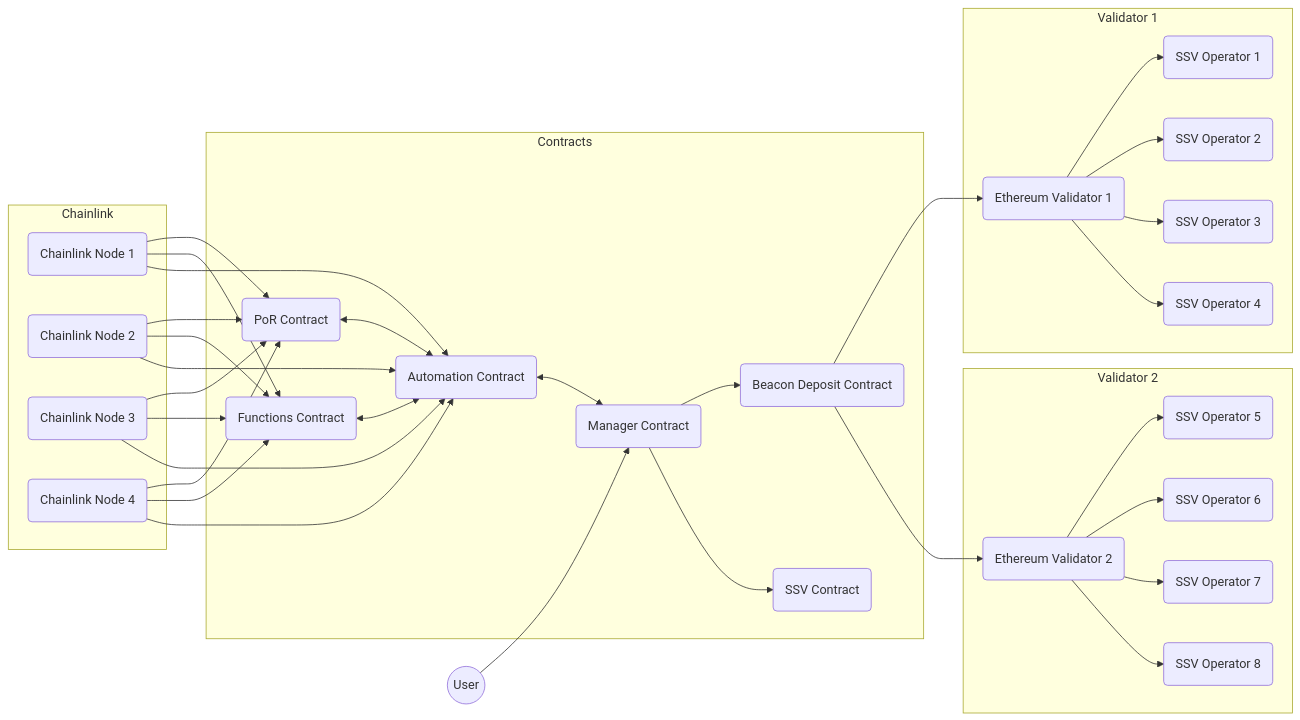
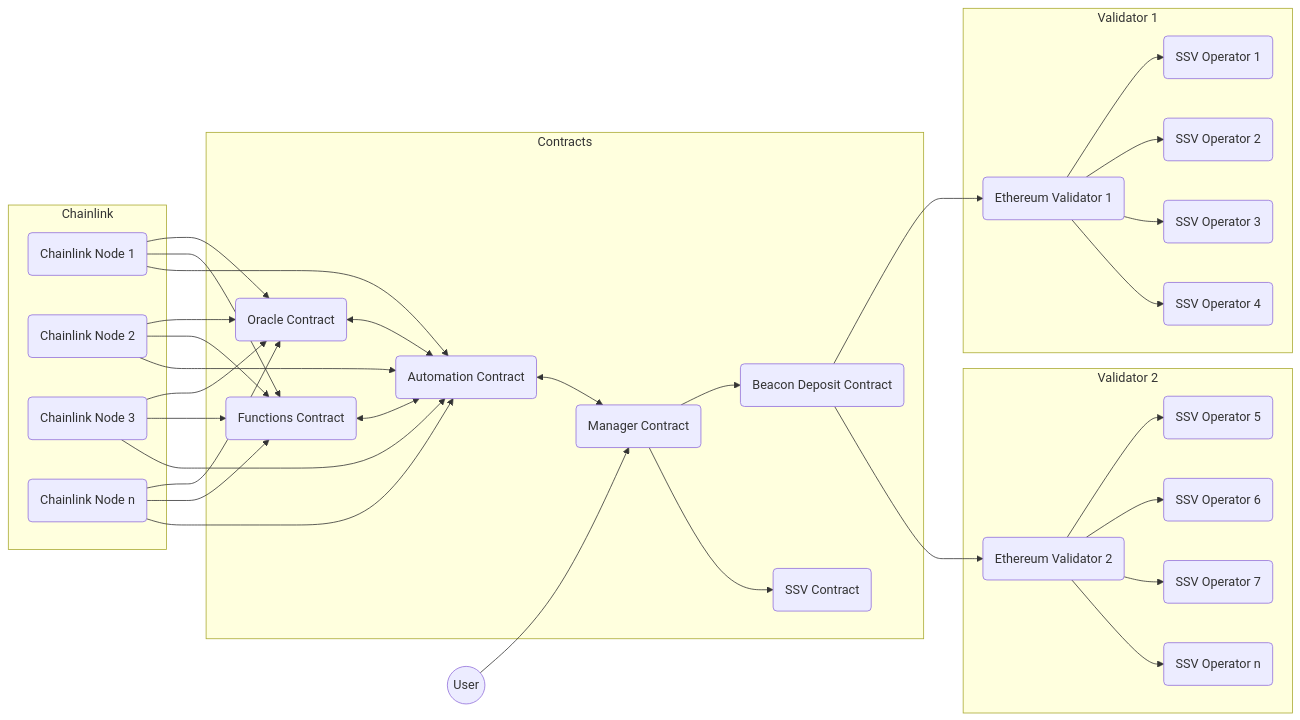
Before and after one commit to consensusnetworks/casimir: the diagram in contracts/ethereum/README.md, drawn with Mermaid. The commit also changed other lines of this file and 8 other files, not shown here.

````diff
--- a/contracts/ethereum/README.md
+++ b/contracts/ethereum/README.md
@@ -18,60 +19,60 @@
 ```mermaid
 graph LR
 
     subgraph Contracts
         B(Manager Contract)
         C(Beacon Deposit Contract)
         D(SSV Contract)
-        G(PoR Contract)
+        G(Oracle Contract)
         H(Functions Contract)
         I(Automation Contract)
     end
 
     A((User)) --> B
 
     B --> C
     B --> D
 
     C --> E1(Ethereum Validator 1)
     C --> E2(Ethereum Validator 2)
 
     subgraph Validator 1
         E1 --> F11(SSV Operator 1)
         E1 --> F12(SSV Operator 2)
         E1 --> F13(SSV Operator 3)
         E1 --> F14(SSV Operator 4)
     end
     
     subgraph Validator 2
         E2 --> F21(SSV Operator 5)
         E2 --> F22(SSV Operator 6)
         E2 --> F23(SSV Operator 7)
-        E2 --> F24(SSV Operator 8)
+        E2 --> F24(SSV Operator n)
     end
 
     G <--> I
     H <--> I
     I <--> B
     
     subgraph Chainlink
         J1(Chainlink Node 1)
         J2(Chainlink Node 2)
         J3(Chainlink Node 3)
-        J4(Chainlink Node 4)
+        J4(Chainlink Node n)
     end
 
     J1 --> G
     J2 --> G
     J3 --> G
     J4 --> G
     
     J1 --> H
     J2 --> H
     J3 --> H
     J4 --> H
 
     J1 --> I
     J2 --> I
     J3 --> I
     J4 --> I
 ```
````
